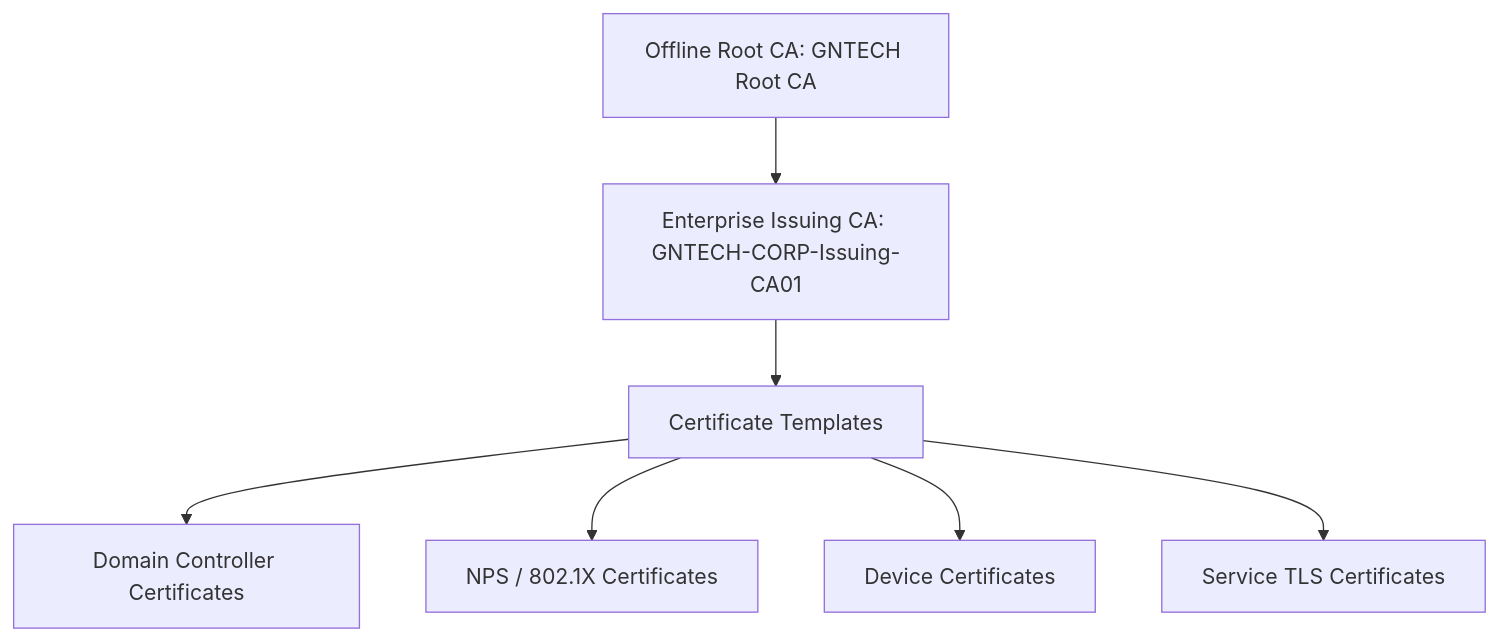
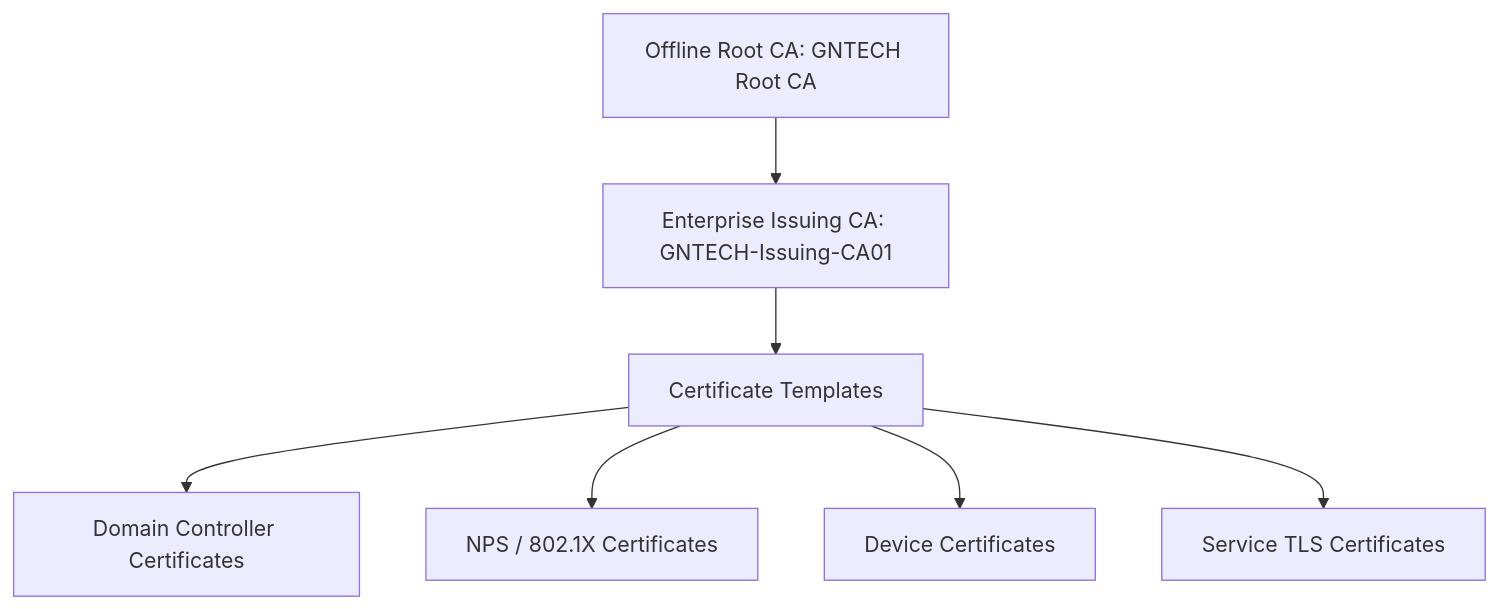
Before and after one commit to gntech-dev/geil-enterprise-docs: the fourth of 5 diagrams in docs/architecture/enterprise-lab-identity-hld.md, drawn with Mermaid. The commit also changed other lines of this file and 19 other files, not shown here.

Commit message:
docs: define hybrid identity namespace architecture

````diff
--- a/docs/architecture/enterprise-lab-identity-hld.md
+++ b/docs/architecture/enterprise-lab-identity-hld.md
@@ -150,17 +150,17 @@
 ```mermaid
 flowchart TD
     Root[Offline Root CA: GNTECH Root CA]
-    Issuing[Enterprise Issuing CA: GNTECH-CORP-Issuing-CA01]
+    Issuing[Enterprise Issuing CA: GNTECH-Issuing-CA01]
     Templates[Certificate Templates]
     DC[Domain Controller Certificates]
     NPS[NPS / 802.1X Certificates]
     Device[Device Certificates]
     Service[Service TLS Certificates]
 
     Root --> Issuing
     Issuing --> Templates
     Templates --> DC
     Templates --> NPS
     Templates --> Device
     Templates --> Service
 ```
````
